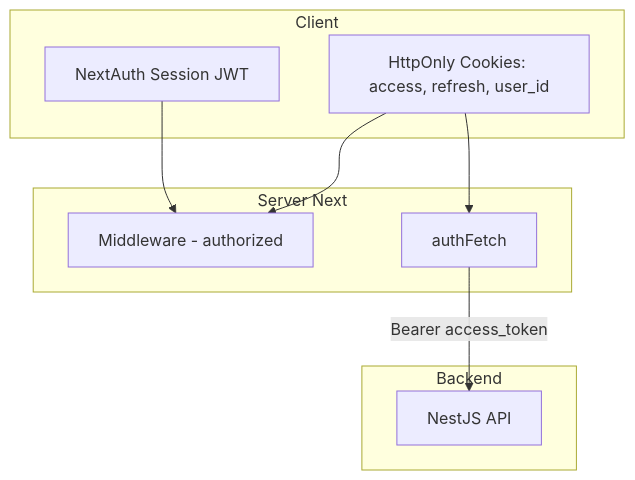
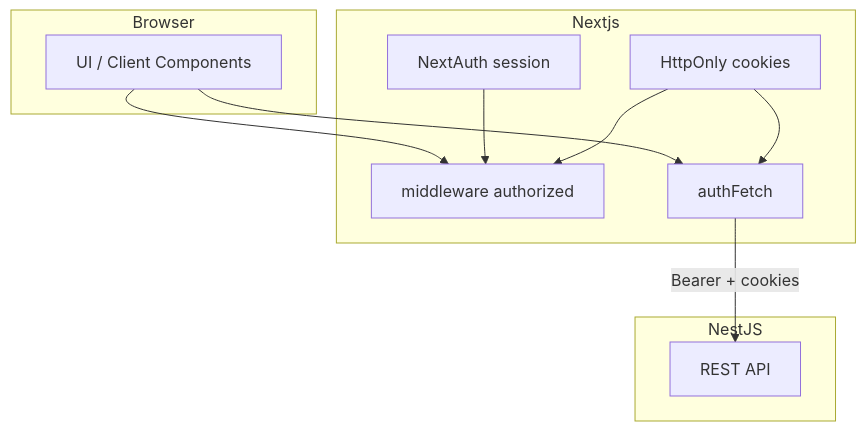
The first of 2 diagrams in NextJS/9. JWT Cookies va Dual Auth.md (Tranloi2k/Become-A-Frontend-Developer), drawn with Mermaid before and after one commit. The commit also changed other lines of this file and 34 other files, not shown here.

````diff
--- a/NextJS/9. JWT Cookies va Dual Auth.md
+++ b/NextJS/9. JWT Cookies va Dual Auth.md
@@ -9,18 +44,21 @@
 ```mermaid
 flowchart TB
-  subgraph Client
-    NC[NextAuth Session JWT]
-    CK[HttpOnly Cookies: access, refresh, user_id]
+  subgraph Browser
+    UI[UI / Client Components]
   end
-  subgraph Server Next
-    MW[Middleware - authorized]
+  subgraph Nextjs
+    MW[middleware authorized]
+    NA[NextAuth session]
     AF[authFetch]
+    CK[HttpOnly cookies]
   end
-  subgraph Backend
-    API[NestJS API]
+  subgraph NestJS
+    API[REST API]
   end
-  NC --> MW
+  UI --> MW
+  NA --> MW
   CK --> MW
+  UI --> AF
   CK --> AF
-  AF -->|Bearer access_token| API
+  AF -->|Bearer + cookies| API
 ```
````
